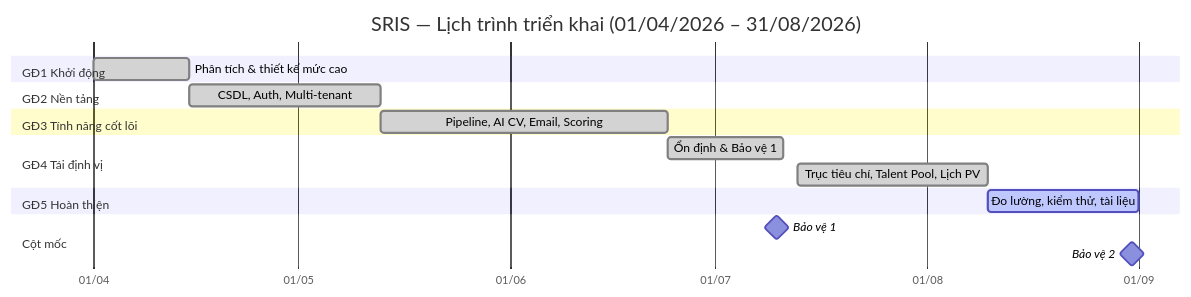
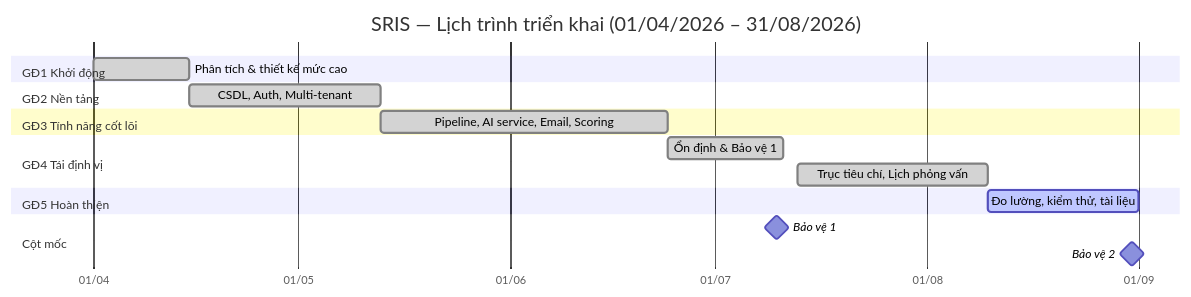
The diagram in Document/01_Business/SRIS_WBS.md (xXIOrehIXx/SRIS-Smart-Recruitment-and-Interview-System), drawn with Mermaid before and after one commit. The commit also changed other lines of this file and 34 other files, not shown here.

````diff
--- a/Document/01_Business/SRIS_WBS.md
+++ b/Document/01_Business/SRIS_WBS.md
@@ -311,26 +310,26 @@
 ```mermaid
 gantt
     title SRIS — Lịch trình triển khai (01/04/2026 – 31/08/2026)
     dateFormat YYYY-MM-DD
     axisFormat %d/%m
 
     section GĐ1 Khởi động
     Phân tích & thiết kế mức cao      :done, p1, 2026-04-01, 14d
 
     section GĐ2 Nền tảng
     CSDL, Auth, Multi-tenant          :done, p2, 2026-04-15, 28d
 
     section GĐ3 Tính năng cốt lõi
-    Pipeline, AI CV, Email, Scoring   :done, p3, 2026-05-13, 42d
+    Pipeline, AI service, Email, Scoring :done, p3, 2026-05-13, 42d
 
     section GĐ4 Tái định vị
     Ổn định & Bảo vệ 1                :done, p4a, 2026-06-24, 17d
-    Trục tiêu chí, Talent Pool, Lịch PV :done, p4b, 2026-07-13, 28d
+    Trục tiêu chí, Lịch phỏng vấn     :done, p4b, 2026-07-13, 28d
 
     section GĐ5 Hoàn thiện
     Đo lường, kiểm thử, tài liệu      :active, p5, 2026-08-10, 22d
 
     section Cột mốc
     Bảo vệ 1                          :milestone, m1, 2026-07-10, 0d
     Bảo vệ 2                          :milestone, m2, 2026-08-31, 0d
 ```
````
